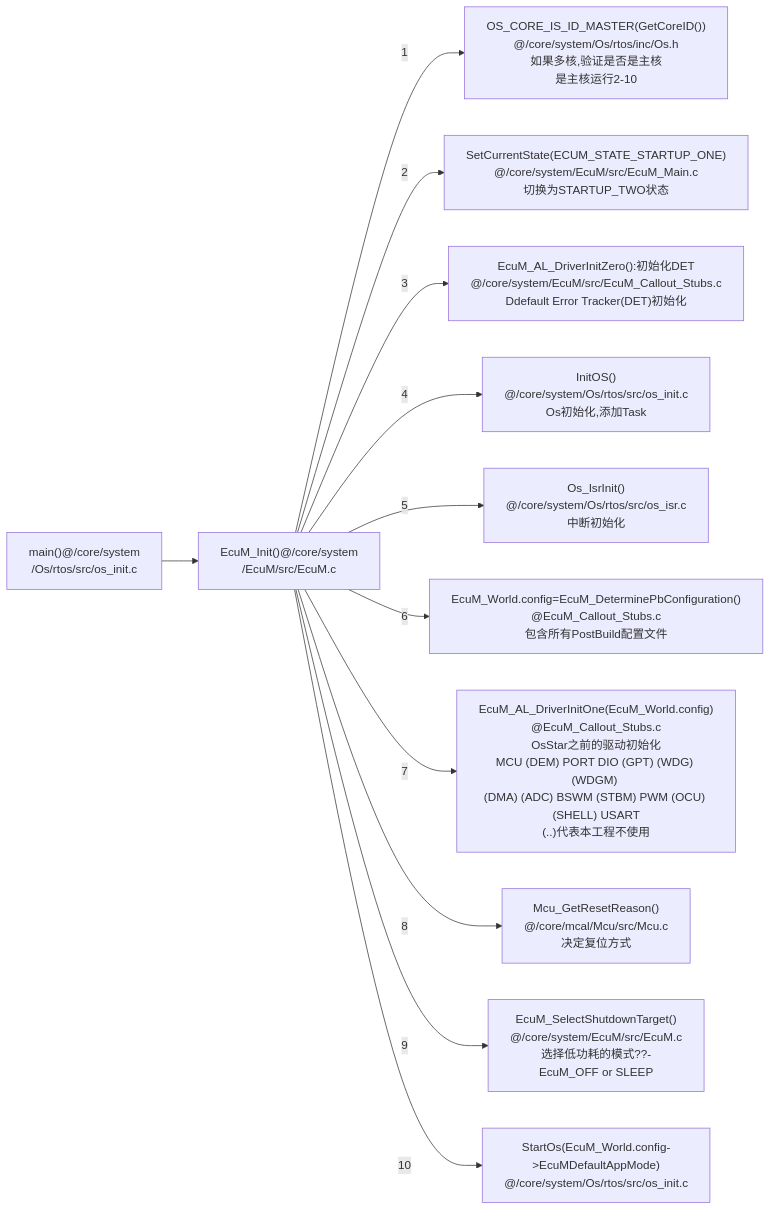
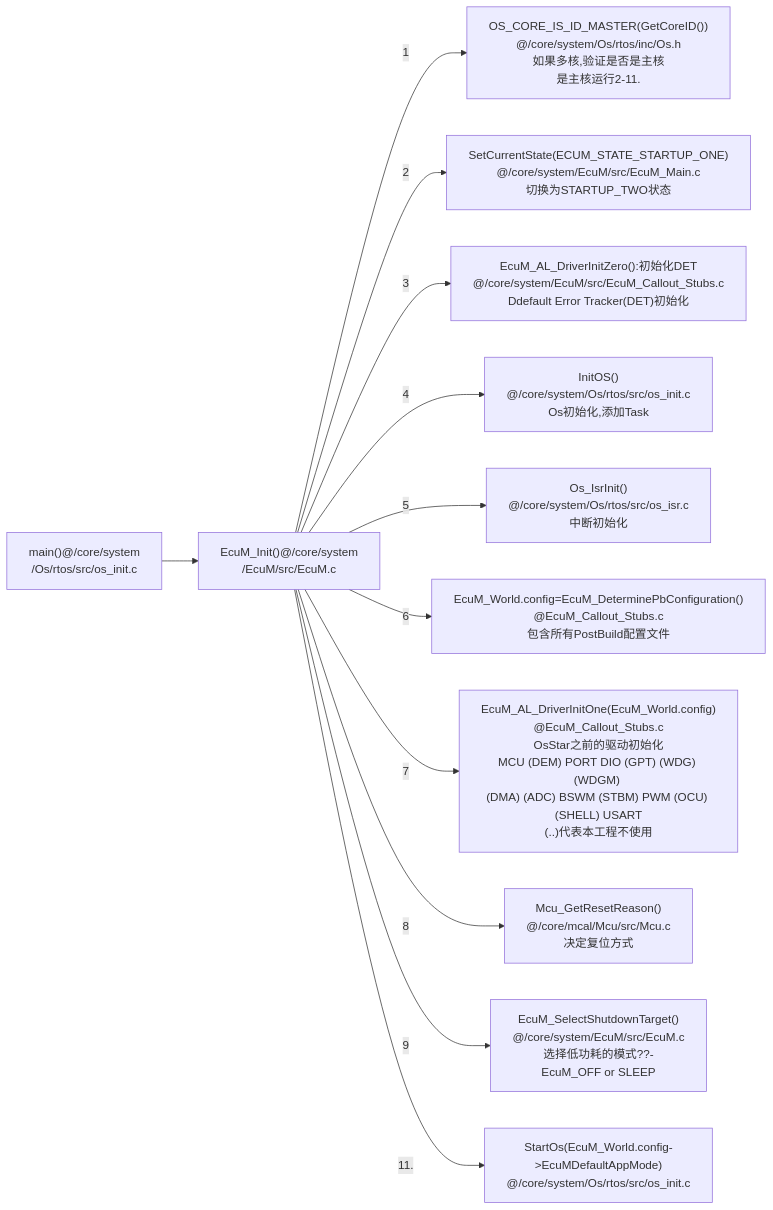
The first of 14 diagrams in _wiki/AUTOSAR.md (Neyzoter/Neyzoter.github.io), drawn with Mermaid before and after one commit. The commit also changed other lines of this file and 3 other files, not shown here.

````diff
--- a/_wiki/AUTOSAR.md
+++ b/_wiki/AUTOSAR.md
@@ -475,14 +515,14 @@
 ```mermaid
 graph LR;
 main["main()@/core/system<br>/Os/rtos/src/os_init.c"]  --> EcuM_Init["EcuM_Init()@/core/system<br>/EcuM/src/EcuM.c"]
-	EcuM_Init --1--> OS_CORE_IS_ID_MASTER["OS_CORE_IS_ID_MASTER(GetCoreID())<br>@/core/system/Os/rtos/inc/Os.h<br>如果多核,验证是否是主核<br>是主核运行2-10"]
+	EcuM_Init --1--> OS_CORE_IS_ID_MASTER["OS_CORE_IS_ID_MASTER(GetCoreID())<br>@/core/system/Os/rtos/inc/Os.h<br>如果多核,验证是否是主核<br>是主核运行2-11."]
 	EcuM_Init --2--> SetCurrentState["SetCurrentState(ECUM_STATE_STARTUP_ONE)<br>@/core/system/EcuM/src/EcuM_Main.c<br>切换为STARTUP_TWO状态"]
 	EcuM_Init --3--> EcuM_AL_DriverInitZero["EcuM_AL_DriverInitZero():初始化DET<br>@/core/system/EcuM/src/EcuM_Callout_Stubs.c<br>Ddefault Error Tracker(DET)初始化"]
 	EcuM_Init --4--> InitOS["InitOS()<br>@/core/system/Os/rtos/src/os_init.c<br>Os初始化,添加Task"]
 	EcuM_Init --5--> Os_IsrInit["Os_IsrInit()<br>@/core/system/Os/rtos/src/os_isr.c<br>中断初始化"]
 	EcuM_Init --6--> EcuM_DeterminePbConfiguration["EcuM_World.config=EcuM_DeterminePbConfiguration()<br>@EcuM_Callout_Stubs.c<br>包含所有PostBuild配置文件"]
 	EcuM_Init --7--> EcuM_AL_DriverInitOne["EcuM_AL_DriverInitOne(EcuM_World.config)<br>@EcuM_Callout_Stubs.c<br>OsStar之前的驱动初始化<br>MCU (DEM) PORT DIO (GPT) (WDG) (WDGM) <br>(DMA) (ADC) BSWM (STBM) PWM (OCU) (SHELL) USART<br>(..)代表本工程不使用"]
 	EcuM_Init --8--> Mcu_GetResetReason["Mcu_GetResetReason()<br>@/core/mcal/Mcu/src/Mcu.c"<br>决定复位方式]
 	EcuM_Init --9--> EcuM_SelectShutdownTarget["EcuM_SelectShutdownTarget()<br>@/core/system/EcuM/src/EcuM.c<br>选择低功耗的模式??-EcuM_OFF or SLEEP"]
-	EcuM_Init --10--> StartOS["StartOs(EcuM_World.config->EcuMDefaultAppMode)<br>@/core/system/Os/rtos/src/os_init.c"]
+	EcuM_Init --11.--> StartOS["StartOs(EcuM_World.config->EcuMDefaultAppMode)<br>@/core/system/Os/rtos/src/os_init.c"]
 ```
````
